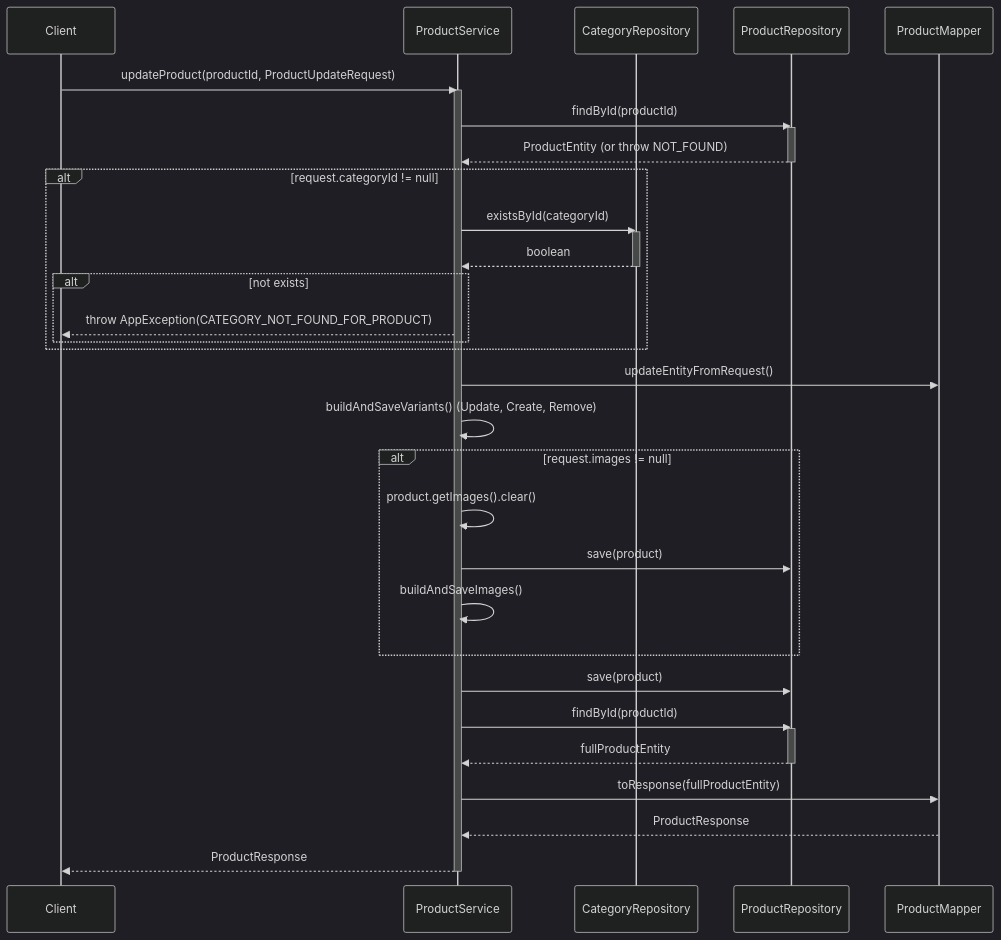
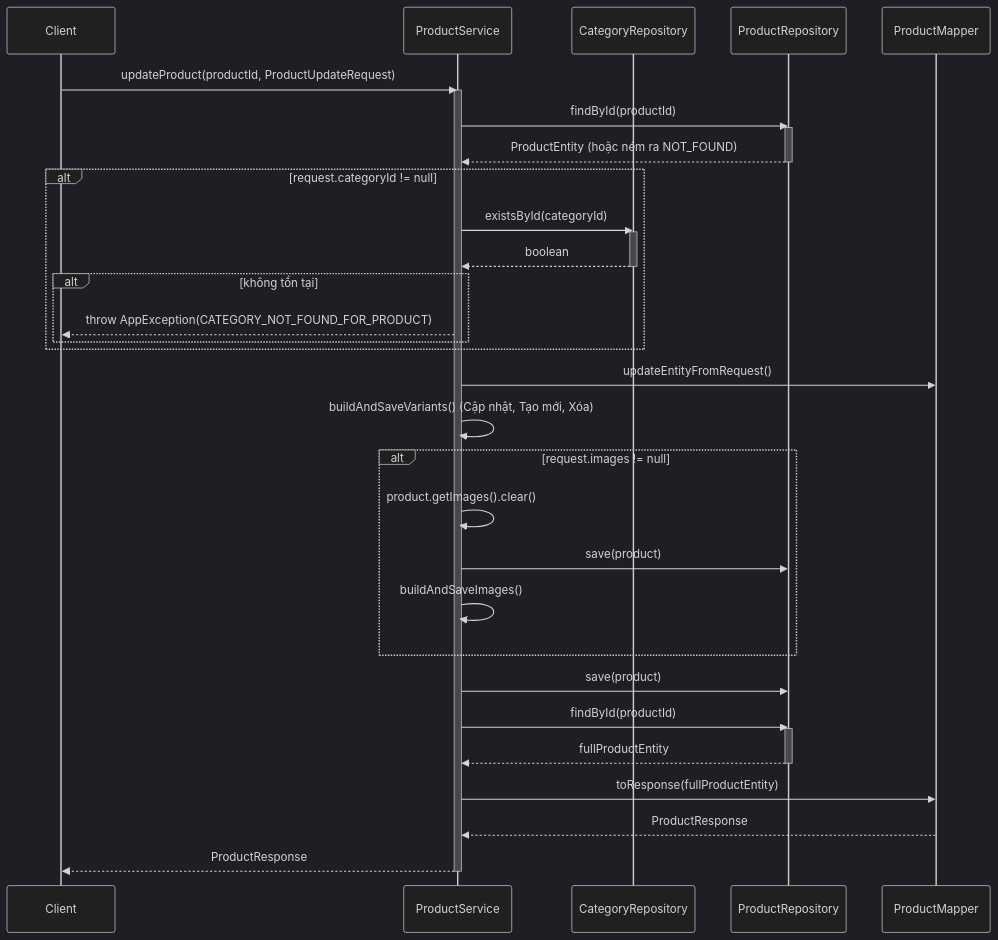
Before and after one commit to aquoc09/easymall: the second of 4 diagrams in .agent/sequence/product_service_sequence_diagrams.md, drawn with Mermaid (dark theme). The commit also changed other lines of this file and 18 other files, not shown here.

Commit message:
UPDATE: Sequence diagram vietnamese

````diff
--- a/.agent/sequence/product_service_sequence_diagrams.md
+++ b/.agent/sequence/product_service_sequence_diagrams.md
@@ -53,49 +53,49 @@
 ```mermaid
 sequenceDiagram
     participant Client
     participant ProductService
     participant CategoryRepository
     participant ProductRepository
     participant ProductMapper
 
     Client->>ProductService: updateProduct(productId, ProductUpdateRequest)
     activate ProductService
 
     ProductService->>ProductRepository: findById(productId)
     activate ProductRepository
-    ProductRepository-->>ProductService: ProductEntity (or throw NOT_FOUND)
+    ProductRepository-->>ProductService: ProductEntity (hoặc ném ra NOT_FOUND)
     deactivate ProductRepository
 
     alt request.categoryId != null
         ProductService->>CategoryRepository: existsById(categoryId)
         activate CategoryRepository
         CategoryRepository-->>ProductService: boolean
         deactivate CategoryRepository
-        alt not exists
+        alt không tồn tại
             ProductService-->>Client: throw AppException(CATEGORY_NOT_FOUND_FOR_PRODUCT)
         end
     end
 
     ProductService->>ProductMapper: updateEntityFromRequest()
 
-    ProductService->>ProductService: buildAndSaveVariants() (Update, Create, Remove)
+    ProductService->>ProductService: buildAndSaveVariants() (Cập nhật, Tạo mới, Xóa)
     
     alt request.images != null
         ProductService->>ProductService: product.getImages().clear()
         ProductService->>ProductRepository: save(product)
         ProductService->>ProductService: buildAndSaveImages()
     end
 
     ProductService->>ProductRepository: save(product)
     
     ProductService->>ProductRepository: findById(productId)
     activate ProductRepository
     ProductRepository-->>ProductService: fullProductEntity
     deactivate ProductRepository
 
     ProductService->>ProductMapper: toResponse(fullProductEntity)
     ProductMapper-->>ProductService: ProductResponse
     
     ProductService-->>Client: ProductResponse
     deactivate ProductService
 ```
````
